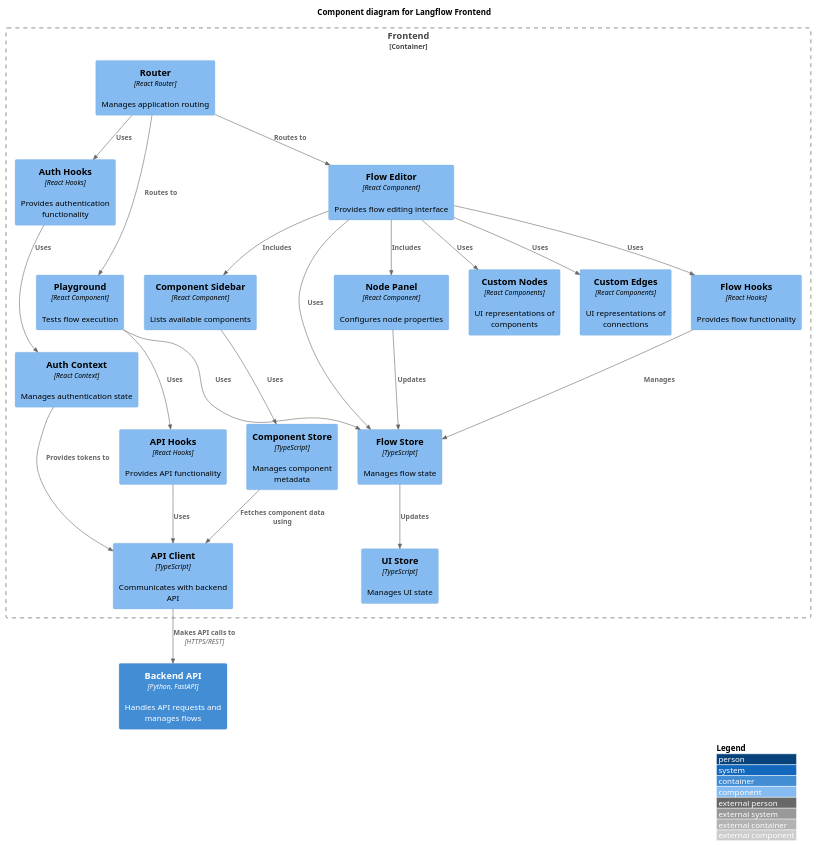
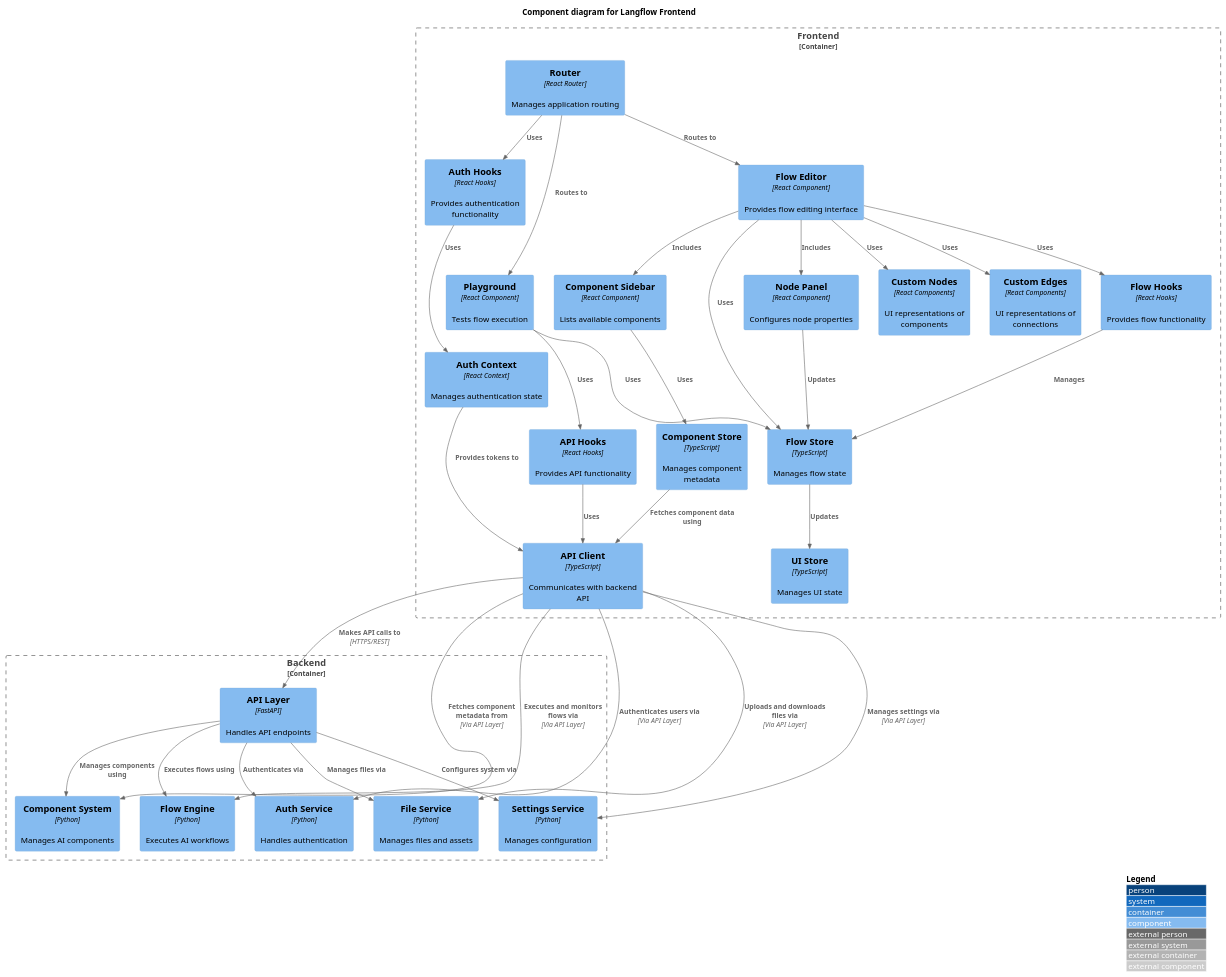
One commit to michaelnguyen11/langflow_docs changed the diagram in diagrams/c4/c4_frontend_component_diagram.puml. Above: the diagram before and after it, drawn with PlantUML. The commit also changed 67 other files, not shown here.

```diff
--- a/diagrams/c4/c4_frontend_component_diagram.puml
+++ b/diagrams/c4/c4_frontend_component_diagram.puml
@@ -1,59 +1,80 @@
 @startuml C4_Frontend_Component
 !include https://raw.githubusercontent.com/plantuml-stdlib/C4-PlantUML/master/C4_Component.puml
 
 LAYOUT_WITH_LEGEND()
 
 title Component diagram for Langflow Frontend
 
 Container_Boundary(web_app, "Frontend") {
     Component(router, "Router", "React Router", "Manages application routing")
     Component(auth_context, "Auth Context", "React Context", "Manages authentication state")
     Component(api_client, "API Client", "TypeScript", "Communicates with backend API")
     
     Component(flow_editor, "Flow Editor", "React Component", "Provides flow editing interface")
     Component(component_sidebar, "Component Sidebar", "React Component", "Lists available components")
     Component(node_panel, "Node Panel", "React Component", "Configures node properties")
     Component(playground, "Playground", "React Component", "Tests flow execution")
     
     Component(custom_nodes, "Custom Nodes", "React Components", "UI representations of components")
     Component(custom_edges, "Custom Edges", "React Components", "UI representations of connections")
     
     Component(flow_store, "Flow Store", "TypeScript", "Manages flow state")
     Component(component_store, "Component Store", "TypeScript", "Manages component metadata")
     Component(ui_store, "UI Store", "TypeScript", "Manages UI state")
     
     Component(flow_hooks, "Flow Hooks", "React Hooks", "Provides flow functionality")
     Component(api_hooks, "API Hooks", "React Hooks", "Provides API functionality")
     Component(auth_hooks, "Auth Hooks", "React Hooks", "Provides authentication functionality")
 }
 
-Container(api_server, "Backend API", "Python, FastAPI", "Handles API requests and manages flows")
+Container_Boundary(backend, "Backend") {
+    Component(api_layer, "API Layer", "FastAPI", "Handles API endpoints")
+    Component(component_system, "Component System", "Python", "Manages AI components")
+    Component(flow_engine, "Flow Engine", "Python", "Executes AI workflows")
+    Component(auth_service, "Auth Service", "Python", "Handles authentication")
+    Component(file_service, "File Service", "Python", "Manages files and assets")
+    Component(settings_service, "Settings Service", "Python", "Manages configuration")
+}
 
 Rel(router, flow_editor, "Routes to")
 Rel(router, playground, "Routes to")
 
 Rel(flow_editor, custom_nodes, "Uses")
 Rel(flow_editor, custom_edges, "Uses")
 Rel(flow_editor, component_sidebar, "Includes")
 Rel(flow_editor, node_panel, "Includes")
 
 Rel(flow_editor, flow_store, "Uses")
 Rel(component_sidebar, component_store, "Uses")
 Rel(node_panel, flow_store, "Updates")
 Rel(playground, flow_store, "Uses")
 
 Rel(flow_editor, flow_hooks, "Uses")
 Rel(playground, api_hooks, "Uses")
 Rel(router, auth_hooks, "Uses")
 
 Rel(flow_hooks, flow_store, "Manages")
 Rel(api_hooks, api_client, "Uses")
 Rel(auth_hooks, auth_context, "Uses")
 
-Rel(api_client, api_server, "Makes API calls to", "HTTPS/REST")
+Rel(api_client, api_layer, "Makes API calls to", "HTTPS/REST")
 Rel(auth_context, api_client, "Provides tokens to")
 
 Rel(flow_store, ui_store, "Updates")
 Rel(component_store, api_client, "Fetches component data using")
 
+' Backend interactions
+Rel(api_layer, component_system, "Manages components using")
+Rel(api_layer, flow_engine, "Executes flows using")
+Rel(api_layer, auth_service, "Authenticates via")
+Rel(api_layer, file_service, "Manages files via")
+Rel(api_layer, settings_service, "Configures system via")
+
+' API client to specific backend components
+Rel(api_client, component_system, "Fetches component metadata from", "Via API Layer")
+Rel(api_client, flow_engine, "Executes and monitors flows via", "Via API Layer")
+Rel(api_client, auth_service, "Authenticates users via", "Via API Layer")
+Rel(api_client, file_service, "Uploads and downloads files via", "Via API Layer")
+Rel(api_client, settings_service, "Manages settings via", "Via API Layer")
+
 @enduml
```
